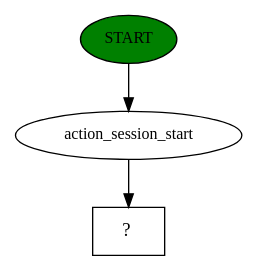
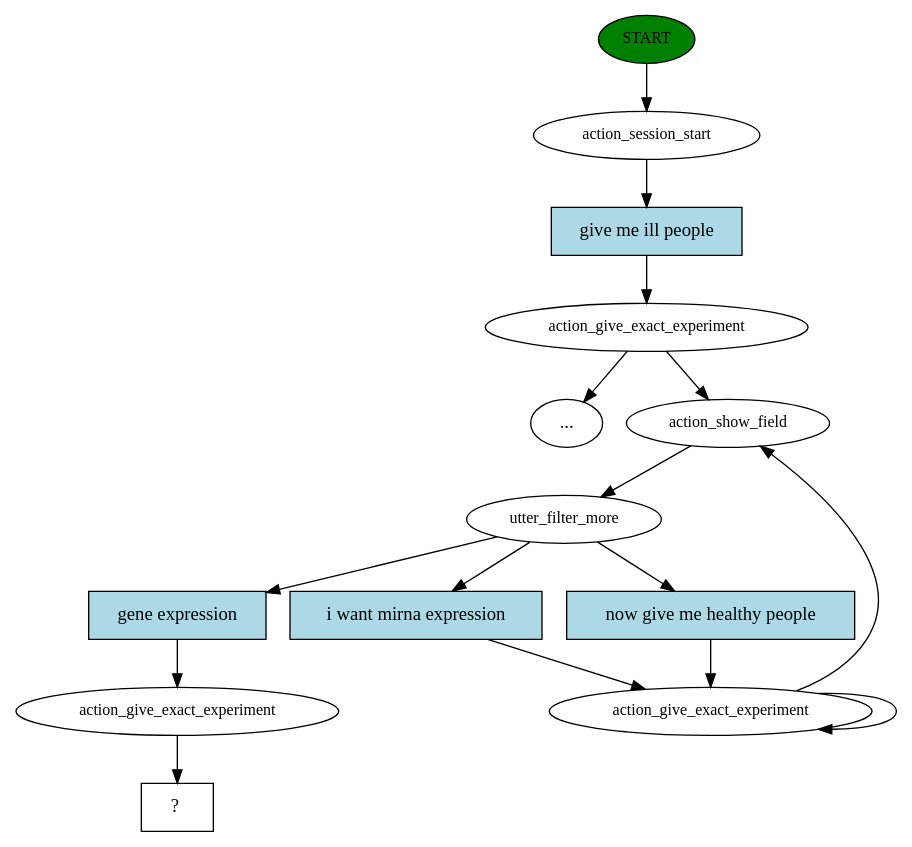
One commit to DEIB-GECO/GeCo-5.0 changed the diagram in backend/geco/story_graph.dot. Above: the diagram before and after it, drawn with Graphviz. The commit also changed 8 other files, not shown here.

```diff
--- a/backend/geco/story_graph.dot
+++ b/backend/geco/story_graph.dot
@@ -1,7 +1,30 @@
 digraph  {
 0 [class="start active", fillcolor=green, fontsize=12, label=START, style=filled];
 1 [class=active, fontsize=12, label=action_session_start];
-2 [class="intent dashed active", label="  ?  ", shape=rect];
+2 [class=active, fontsize=12, label=action_give_exact_experiment];
+"-3" [class=ellipsis, label="..."];
+5 [class=active, fontsize=12, label=action_show_field];
+6 [class=active, fontsize=12, label=utter_filter_more];
+7 [class=active, fontsize=12, label=action_give_exact_experiment];
+28 [class=active, fontsize=12, label=action_give_exact_experiment];
+29 [class="intent dashed active", label="  ?  ", shape=rect];
+30 [class="intent active", fillcolor=lightblue, label="give me ill people", shape=rect, style=filled];
+31 [class="intent active", fillcolor=lightblue, label="now give me healthy people", shape=rect, style=filled];
+32 [class="intent active", fillcolor=lightblue, label="i want mirna expression", shape=rect, style=filled];
+33 [class="intent active", fillcolor=lightblue, label="gene expression", shape=rect, style=filled];
 0 -> 1  [class=active, key=NONE, label=""];
-1 -> 2  [class=active, key=NONE, label=""];
+1 -> 30  [class=active, key=0];
+2 -> "-3"  [class="", key=NONE, label=""];
+2 -> 5  [class=active, key=NONE, label=""];
+5 -> 6  [class=active, key=NONE, label=""];
+6 -> 31  [class=active, key=0];
+6 -> 32  [class=active, key=0];
+6 -> 33  [class=active, key=0];
+7 -> 5  [class=active, key=NONE, label=""];
+7 -> 7  [class=active, key=NONE, label=""];
+28 -> 29  [class=active, key=NONE, label=""];
+30 -> 2  [class=active, key=0];
+31 -> 7  [class=active, key=0];
+32 -> 7  [class=active, key=0];
+33 -> 28  [class=active, key=0];
 }
```
